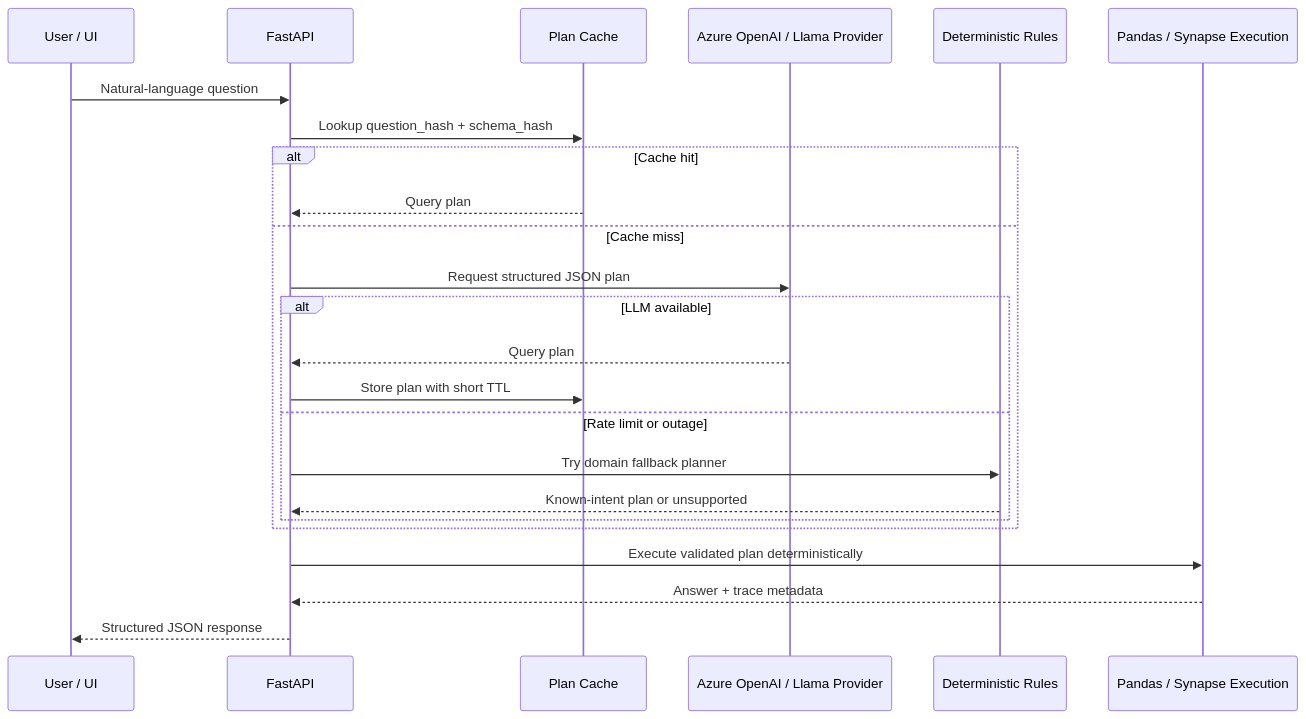
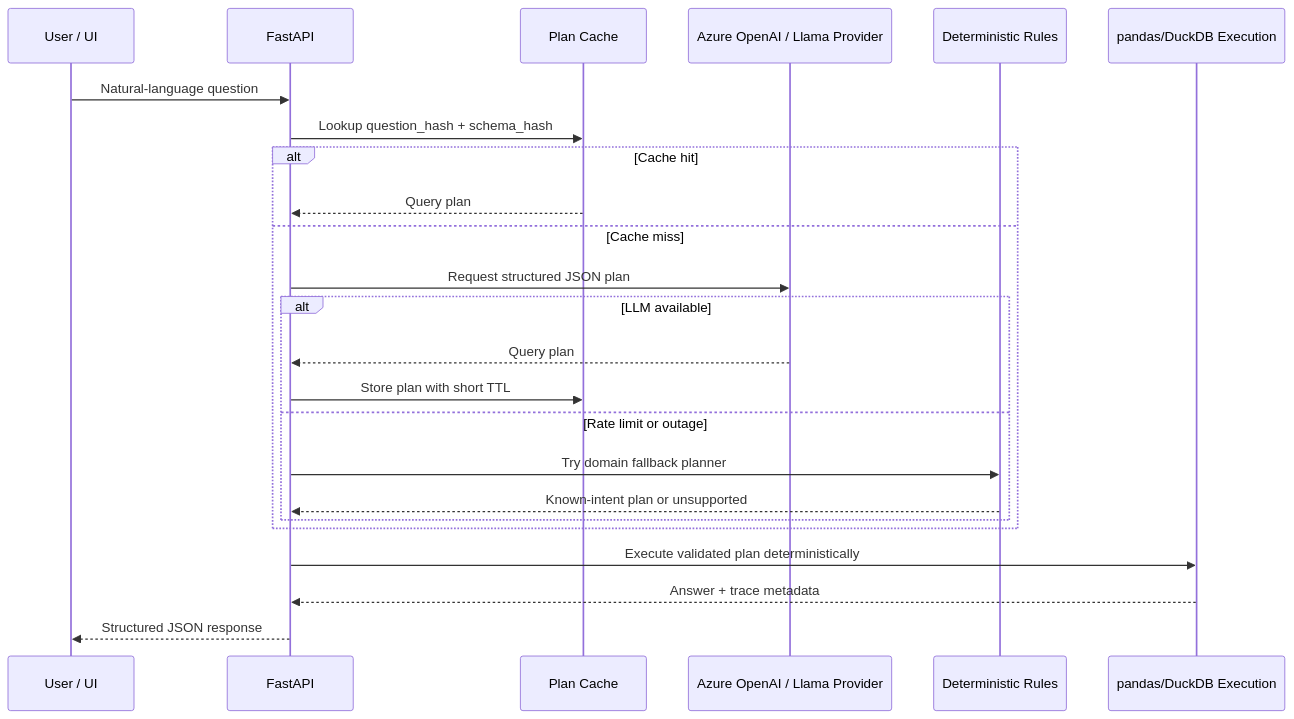
Before and after one commit to WailAhmad/chatlytics: the second of 2 diagrams in docs/ARCHITECTURE.md, drawn with Mermaid. The commit also changed other lines of this file, not shown here.

Commit message:
Refine Azure production architecture

````diff
--- a/docs/ARCHITECTURE.md
+++ b/docs/ARCHITECTURE.md
@@ -23,27 +37,27 @@
 ```mermaid
 sequenceDiagram
     participant UI as User / UI
     participant API as FastAPI
     participant Cache as Plan Cache
     participant LLM as Azure OpenAI / Llama Provider
     participant Rules as Deterministic Rules
-    participant Exec as Pandas / Synapse Execution
+    participant Exec as pandas/DuckDB Execution
 
     UI->>API: Natural-language question
     API->>Cache: Lookup question_hash + schema_hash
     alt Cache hit
         Cache-->>API: Query plan
     else Cache miss
         API->>LLM: Request structured JSON plan
         alt LLM available
             LLM-->>API: Query plan
             API->>Cache: Store plan with short TTL
         else Rate limit or outage
             API->>Rules: Try domain fallback planner
             Rules-->>API: Known-intent plan or unsupported
         end
     end
     API->>Exec: Execute validated plan deterministically
     Exec-->>API: Answer + trace metadata
     API-->>UI: Structured JSON response
 ```
````
